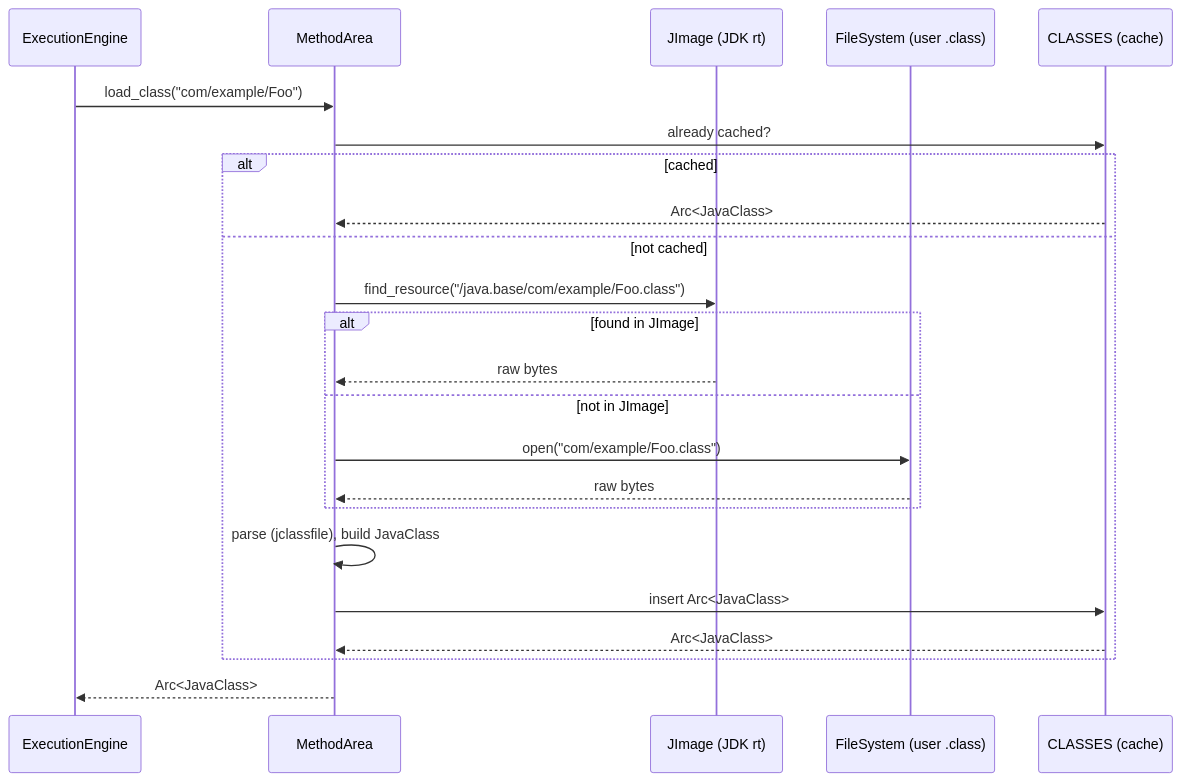
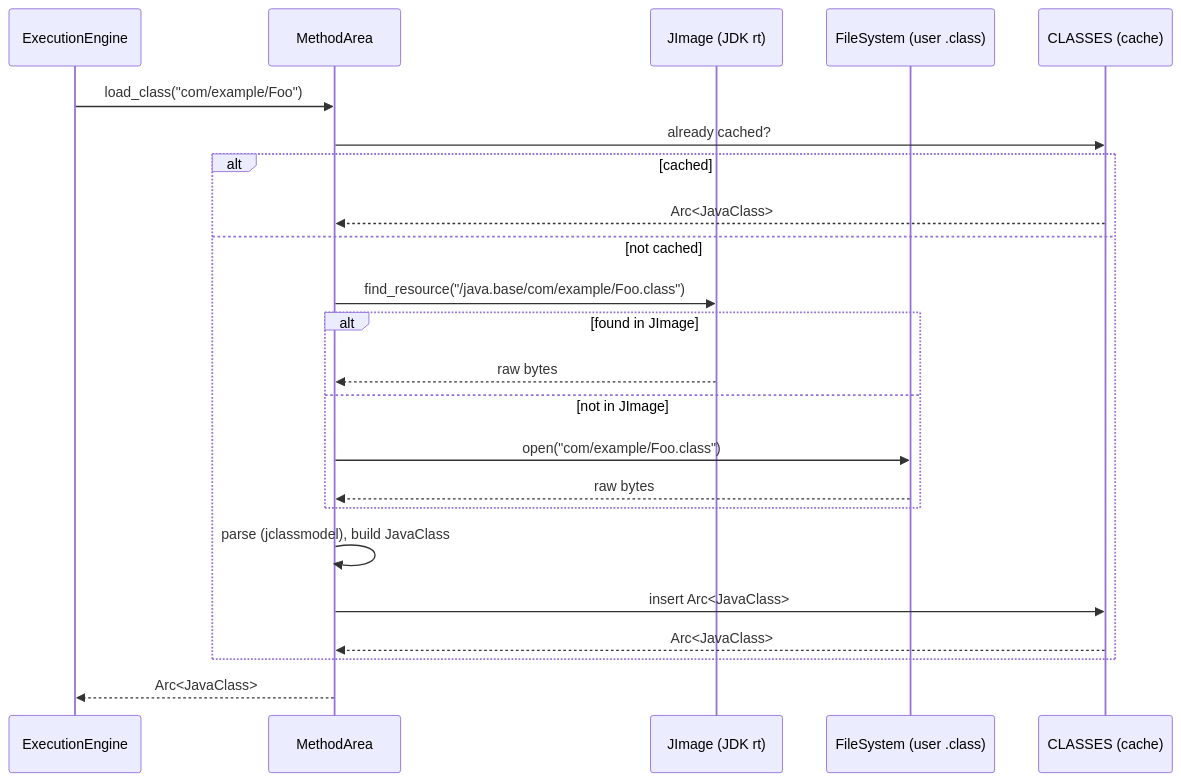
Before and after one commit to hextriclosan/rusty-jvm: the second of 6 diagrams in docs/architecture.md, drawn with Mermaid. The commit also changed other lines of this file and 27 other files, not shown here.

````diff
--- a/docs/architecture.md
+++ b/docs/architecture.md
@@ -51,26 +51,26 @@
 ```mermaid
 sequenceDiagram
     participant EE as ExecutionEngine
     participant MA as MethodArea
     participant JI as JImage (JDK rt)
     participant FS as FileSystem (user .class)
     participant CL as CLASSES (cache)
 
     EE->>MA: load_class("com/example/Foo")
     MA->>CL: already cached?
     alt cached
         CL-->>MA: Arc<JavaClass>
     else not cached
         MA->>JI: find_resource("/java.base/com/example/Foo.class")
         alt found in JImage
             JI-->>MA: raw bytes
         else not in JImage
             MA->>FS: open("com/example/Foo.class")
             FS-->>MA: raw bytes
         end
-        MA->>MA: parse (jclassfile), build JavaClass
+        MA->>MA: parse (jclassmodel), build JavaClass
         MA->>CL: insert Arc<JavaClass>
         CL-->>MA: Arc<JavaClass>
     end
     MA-->>EE: Arc<JavaClass>
 ```
````
